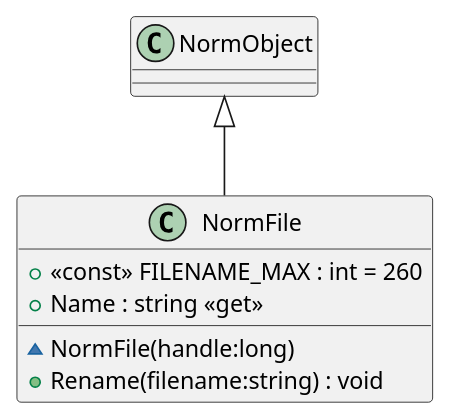
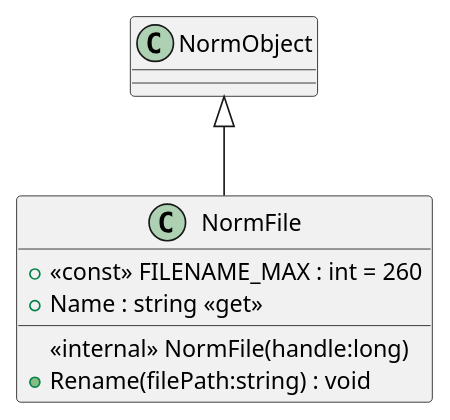
The diagram in src/dotnet/design/Mil/Navy/Nrl/Norm/NormFile.puml (USNavalResearchLaboratory/norm), drawn with PlantUML before and after one commit. The commit also changed 34 other files, not shown here.

```diff
--- a/src/dotnet/design/Mil/Navy/Nrl/Norm/NormFile.puml
+++ b/src/dotnet/design/Mil/Navy/Nrl/Norm/NormFile.puml
@@ -1,9 +1,9 @@
 @startuml
 class NormFile {
     + <<const>> FILENAME_MAX : int = 260
-    ~ NormFile(handle:long)
+    <<internal>> NormFile(handle:long)
     + Name : string <<get>>
-    + Rename(filename:string) : void
+    + Rename(filePath:string) : void
 }
 NormObject <|-- NormFile
 @enduml
```
